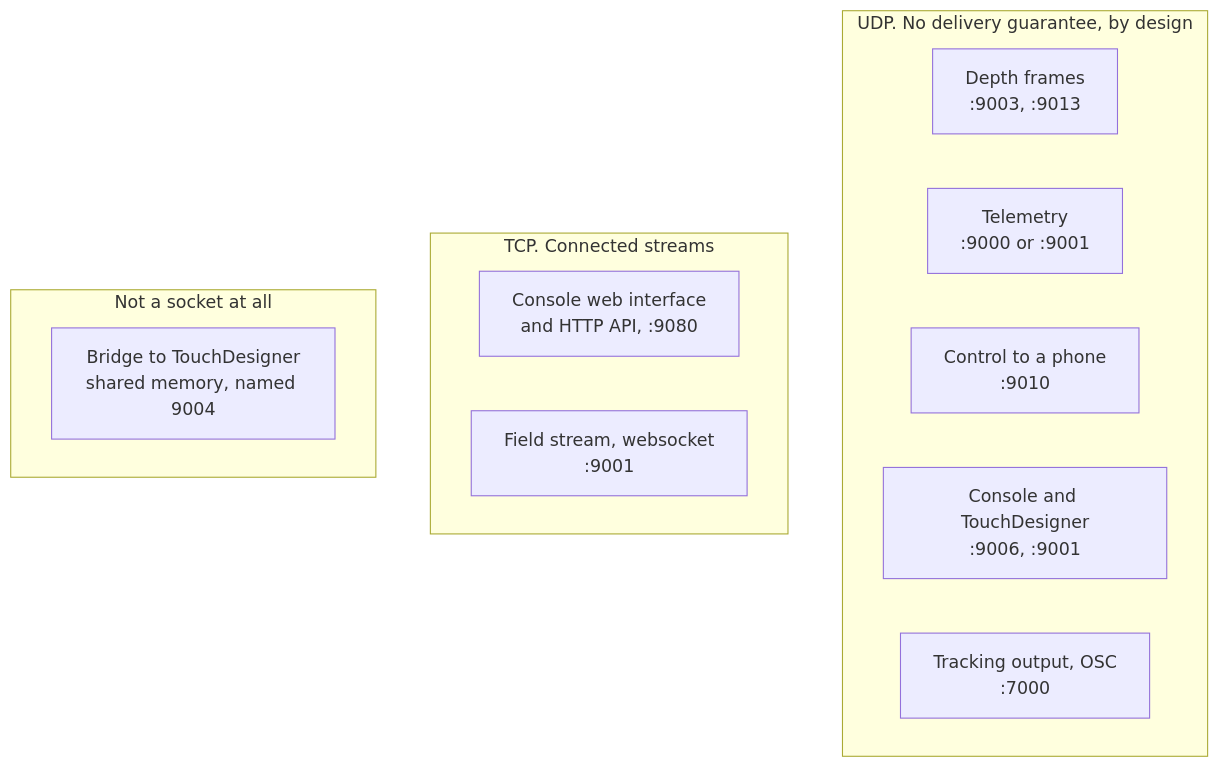
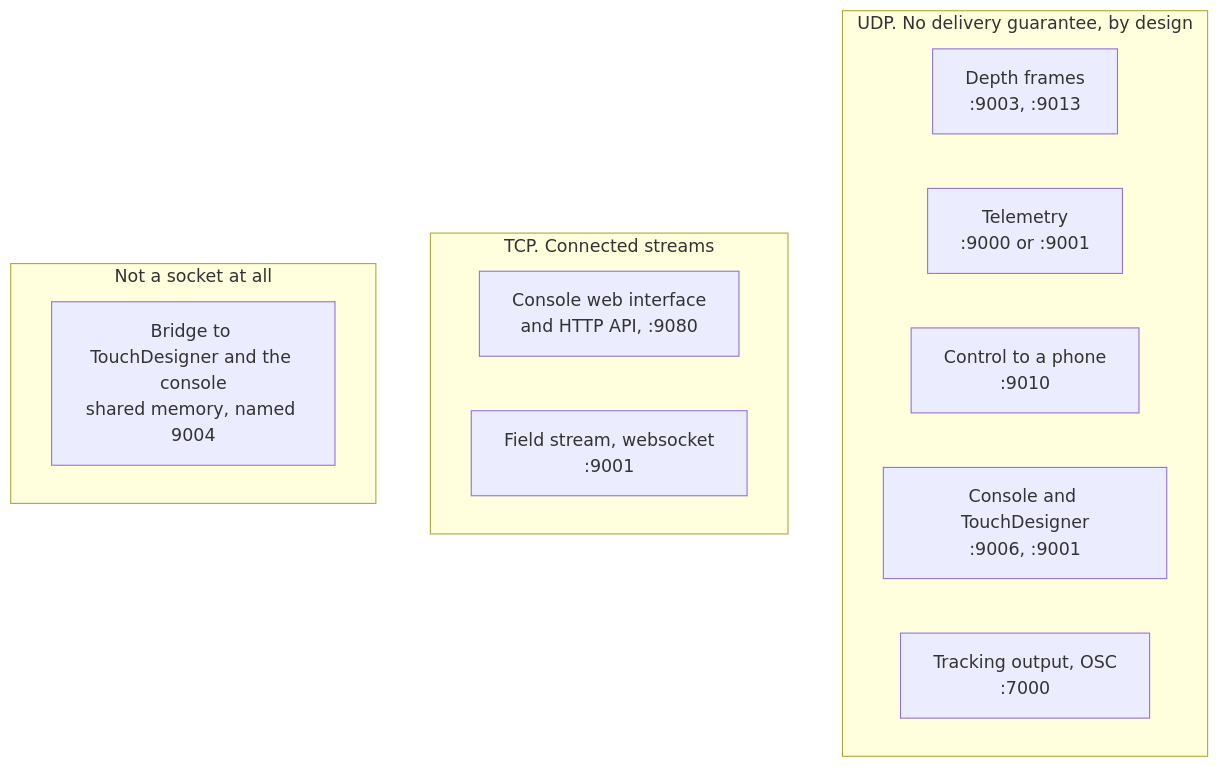
Before and after one commit to AristidesAI/TDStage-Docs: the second of 2 diagrams in reference/ports.md, drawn with Mermaid. The commit also changed other lines of this file and 22 other files, not shown here.

````diff
--- a/reference/ports.md
+++ b/reference/ports.md
@@ -125,17 +131,17 @@
 ```mermaid
 flowchart TD
   subgraph U["UDP. No delivery guarantee, by design"]
     U1["Depth frames<br/>:9003, :9013"]
     U2["Telemetry<br/>:9000 or :9001"]
     U3["Control to a phone<br/>:9010"]
     U4["Console and TouchDesigner<br/>:9006, :9001"]
     U5["Tracking output, OSC<br/>:7000"]
   end
   subgraph T["TCP. Connected streams"]
     T1["Console web interface<br/>and HTTP API, :9080"]
     T2["Field stream, websocket<br/>:9001"]
   end
   subgraph X["Not a socket at all"]
-    X1["Bridge to TouchDesigner<br/>shared memory, named 9004"]
+    X1["Bridge to TouchDesigner and the console<br/>shared memory, named 9004"]
   end
 ```
````
